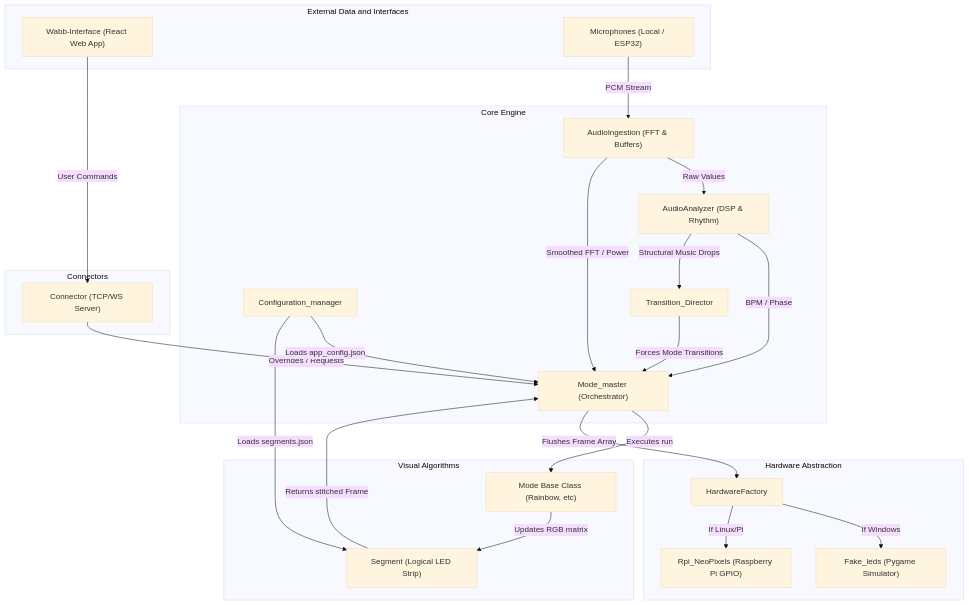
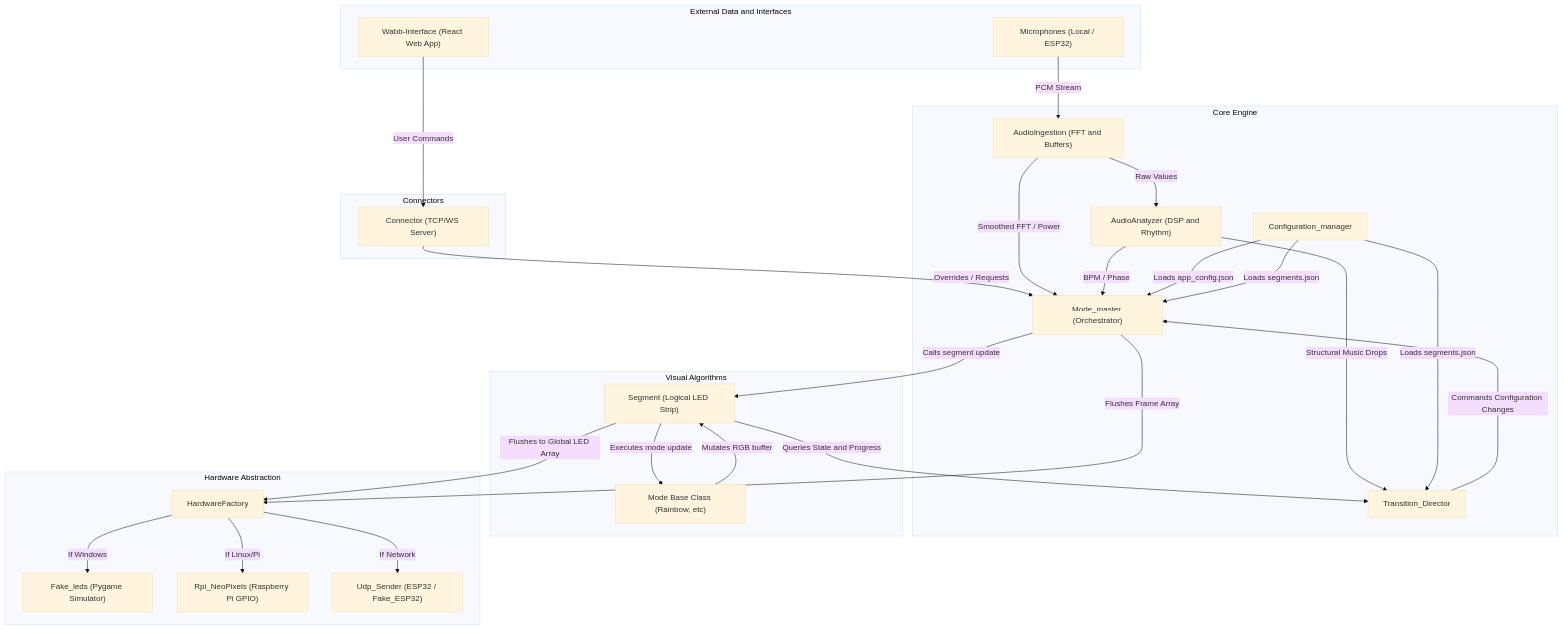
One commit to LucRobey/vialactee changed the diagram in project_overview.md. Above: the diagram before and after it, drawn with Mermaid (base theme). The commit also changed other lines of this file and 4 other files, not shown here.

Commit message:
fake esp32

````diff
--- a/project_overview.md
+++ b/project_overview.md
@@ -13,57 +13,62 @@
 ```mermaid
 graph TD
     %% External Inputs
     subgraph Inputs [External Data and Interfaces]
         Wabb["Wabb-Interface (React Web App)"]
         Mic["Microphones (Local / ESP32)"]
     end
 
     %% Network and Audio Ingestion
     subgraph Connectors [Connectors]
         Conn["Connector (TCP/WS Server)"]
         Mic["Microphones (Local / ESP32)"]
     end
 
     Wabb -->|User Commands| Conn
 
     %% Core Processing Engine
     subgraph Core [Core Engine]
         Config["Configuration_manager"]
-        AudioIngest["AudioIngestion (FFT & Buffers)"]
-        AudioAnalyz["AudioAnalyzer (DSP & Rhythm)"]
+        AudioIngest["AudioIngestion (FFT and Buffers)"]
+        AudioAnalyz["AudioAnalyzer (DSP and Rhythm)"]
         ModeMaster["Mode_master (Orchestrator)"]
         TransDir["Transition_Director"]
     end
 
     Mic -->|PCM Stream| AudioIngest
     Conn -->|Overrides / Requests| ModeMaster
     AudioIngest -->|Raw Values| AudioAnalyz
     AudioIngest -->|Smoothed FFT / Power| ModeMaster
     AudioAnalyz -->|BPM / Phase| ModeMaster
     AudioAnalyz -->|Structural Music Drops| TransDir
-    TransDir -->|Forces Mode Transitions| ModeMaster
+    TransDir -->|Commands Configuration Changes| ModeMaster
 
     %% Animation and Visuals
     subgraph Visuals [Visual Algorithms]
         Mode["Mode Base Class (Rainbow, etc)"]
         Seg["Segment (Logical LED Strip)"]
     end
 
     Config -->|Loads app_config.json| ModeMaster
-    Config -->|Loads segments.json| Seg
+    Config -->|Loads segments.json| ModeMaster
+    Config -->|Loads segments.json| TransDir
 
-    ModeMaster -->|Executes run| Mode
-    Mode -->|Updates RGB matrix| Seg
-    Seg -->|Returns stitched Frame| ModeMaster
+    ModeMaster -->|Calls segment update| Seg
+    Seg -->|Queries State and Progress| TransDir
+    Seg -->|Executes mode update| Mode
+    Mode -->|Mutates RGB buffer| Seg
+    Seg -->|Flushes to Global LED Array| HwFac
 
     %% Hardware Output Layer
     subgraph Hardware [Hardware Abstraction]
         HwFac["HardwareFactory"]
         Fake["Fake_leds (Pygame Simulator)"]
         Rpi["Rpi_NeoPixels (Raspberry Pi GPIO)"]
+        UDP["Udp_Sender (ESP32 / Fake_ESP32)"]
     end
 
     ModeMaster -->|Flushes Frame Array| HwFac
     HwFac -->|If Windows| Fake
     HwFac -->|If Linux/Pi| Rpi
+    HwFac -->|If Network| UDP
 ```
````
